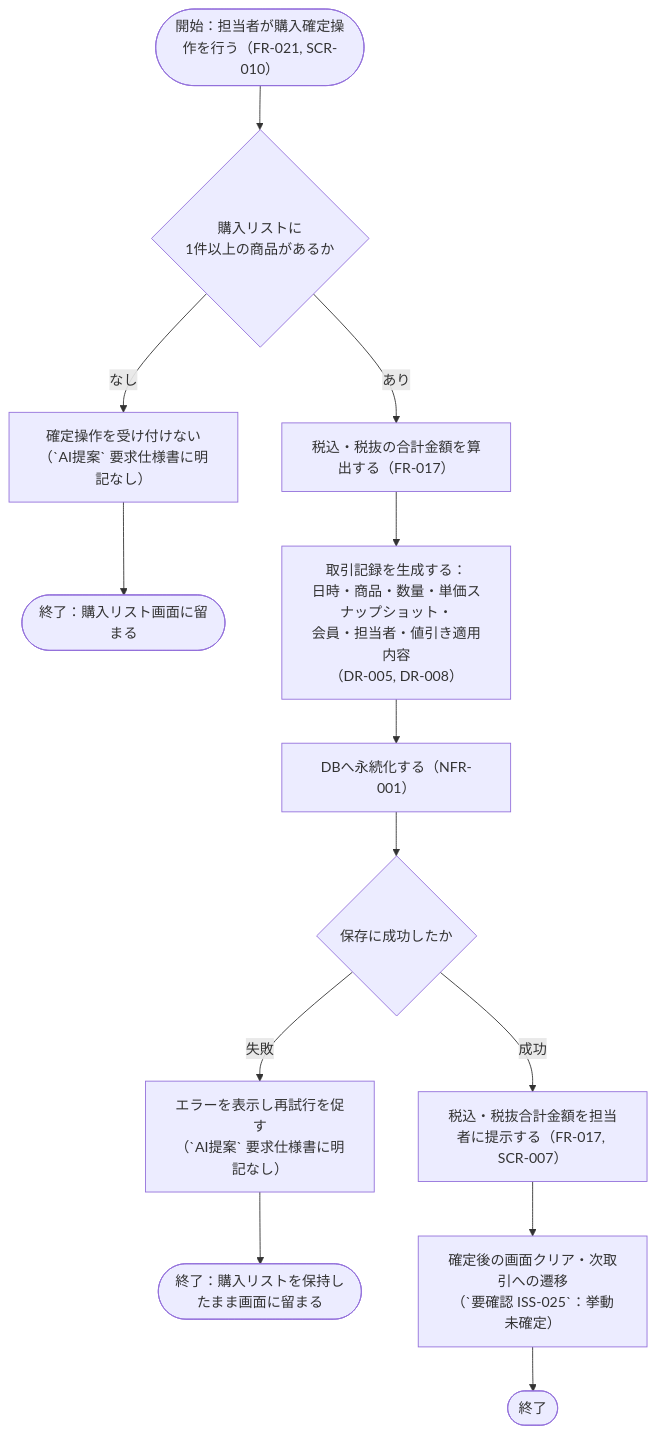
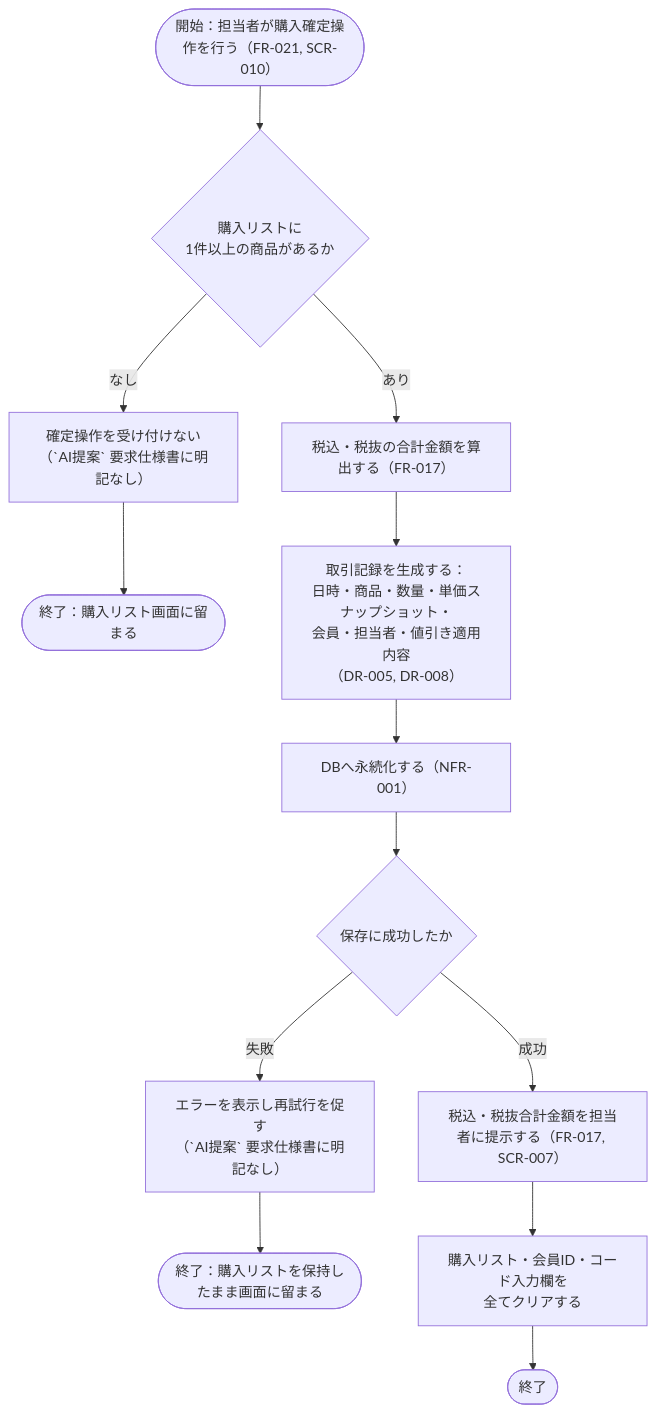
One commit to yamaguchinaokikk-ctrl/step4_lv2 changed the fourth of 11 diagrams in 設計仕様書.md. Above: the diagram before and after it, drawn with Mermaid. The commit also changed other lines of this file and 1 other file, not shown here.

````diff
--- a/設計仕様書.md
+++ b/設計仕様書.md
@@ -251,19 +255,19 @@
 ```mermaid
 flowchart TD
     Start(["開始：担当者が購入確定操作を行う（FR-021, SCR-010）"]) --> HasItems{"購入リストに<br/>1件以上の商品があるか"}
 
     HasItems -->|なし| Reject["確定操作を受け付けない<br/>（`AI提案` 要求仕様書に明記なし）"]
     Reject --> EndReject(["終了：購入リスト画面に留まる"])
 
     HasItems -->|あり| CalcTax["税込・税抜の合計金額を算出する（FR-017）"]
     CalcTax --> BuildRecord["取引記録を生成する：<br/>日時・商品・数量・単価スナップショット・<br/>会員・担当者・値引き適用内容<br/>（DR-005, DR-008）"]
     BuildRecord --> Persist["DBへ永続化する（NFR-001）"]
 
     Persist --> Saved{"保存に成功したか"}
     Saved -->|失敗| ErrSave["エラーを表示し再試行を促す<br/>（`AI提案` 要求仕様書に明記なし）"]
     ErrSave --> EndErr(["終了：購入リストを保持したまま画面に留まる"])
 
     Saved -->|成功| ShowTotal["税込・税抜合計金額を担当者に提示する（FR-017, SCR-007）"]
-    ShowTotal --> AfterAction["確定後の画面クリア・次取引への遷移<br/>（`要確認 ISS-025`：挙動未確定）"]
+    ShowTotal --> AfterAction["購入リスト・会員ID・コード入力欄を<br/>全てクリアする"]
     AfterAction --> End(["終了"])
 ```
````
